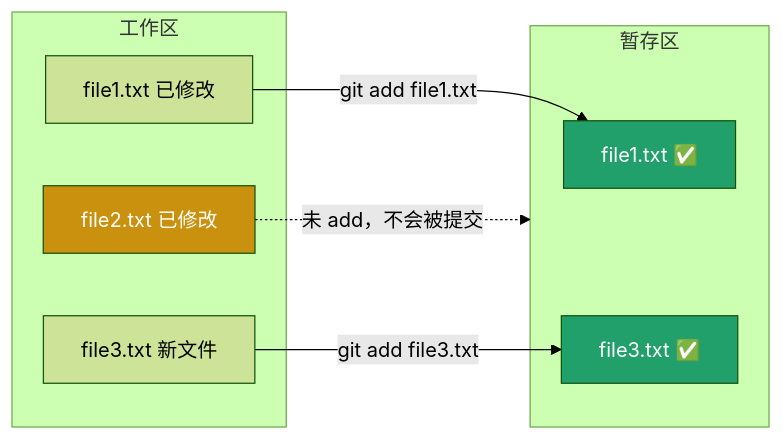
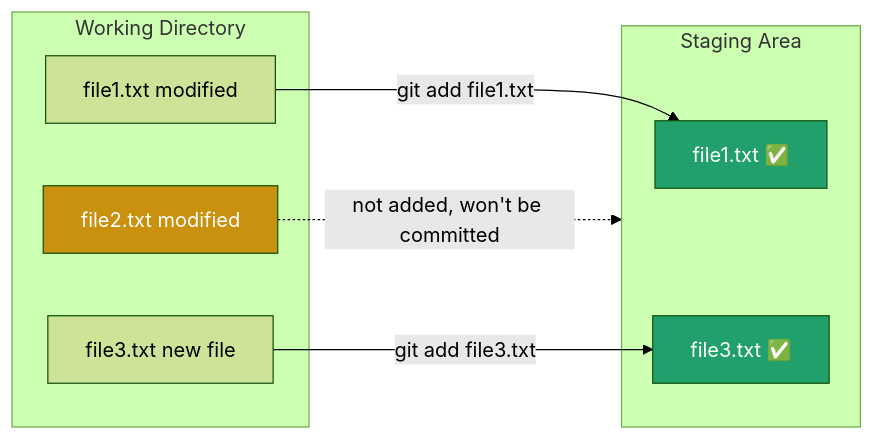
The diagram in Git/add/README.md (kelvinlee97/engineering), drawn with Mermaid (forest theme) before and after one commit. The commit also changed other lines of this file and 16 other files, not shown here.

First line of the commit message:
fix: conform Git tutorial to bilingual + Mermaid accessibility contract

````diff
--- a/Git/add/README.md
+++ b/Git/add/README.md
@@ -9,20 +11,22 @@
 ```mermaid
 flowchart LR
-    subgraph WD["工作区"]
-        F1[file1.txt 已修改]
-        F2[file2.txt 已修改]
-        F3[file3.txt 新文件]
+    accTitle: git add moves changes from the working tree into the staging area
+    accDescr: In the working tree, file1.txt and file3.txt are selected with git add and move into the staging area, marked ready to commit. file2.txt was not added and stays in the working tree, so it will not be part of the next commit.
+    subgraph WD["Working Directory"]
+        F1[file1.txt modified]
+        F2[file2.txt modified]
+        F3[file3.txt new file]
     end
-    subgraph SA["暂存区"]
+    subgraph SA["Staging Area"]
         S1[file1.txt ✅]
         S3[file3.txt ✅]
     end
 
     F1 -- "git add file1.txt" --> S1
     F3 -- "git add file3.txt" --> S3
-    F2 -. "未 add，不会被提交" .-> SA
+    F2 -. "not added, won't be committed" .-> SA
 
     style S1 fill:#22a06b,color:#fff
     style S3 fill:#22a06b,color:#fff
     style F2 fill:#c9910e,color:#fff
 ```
````
